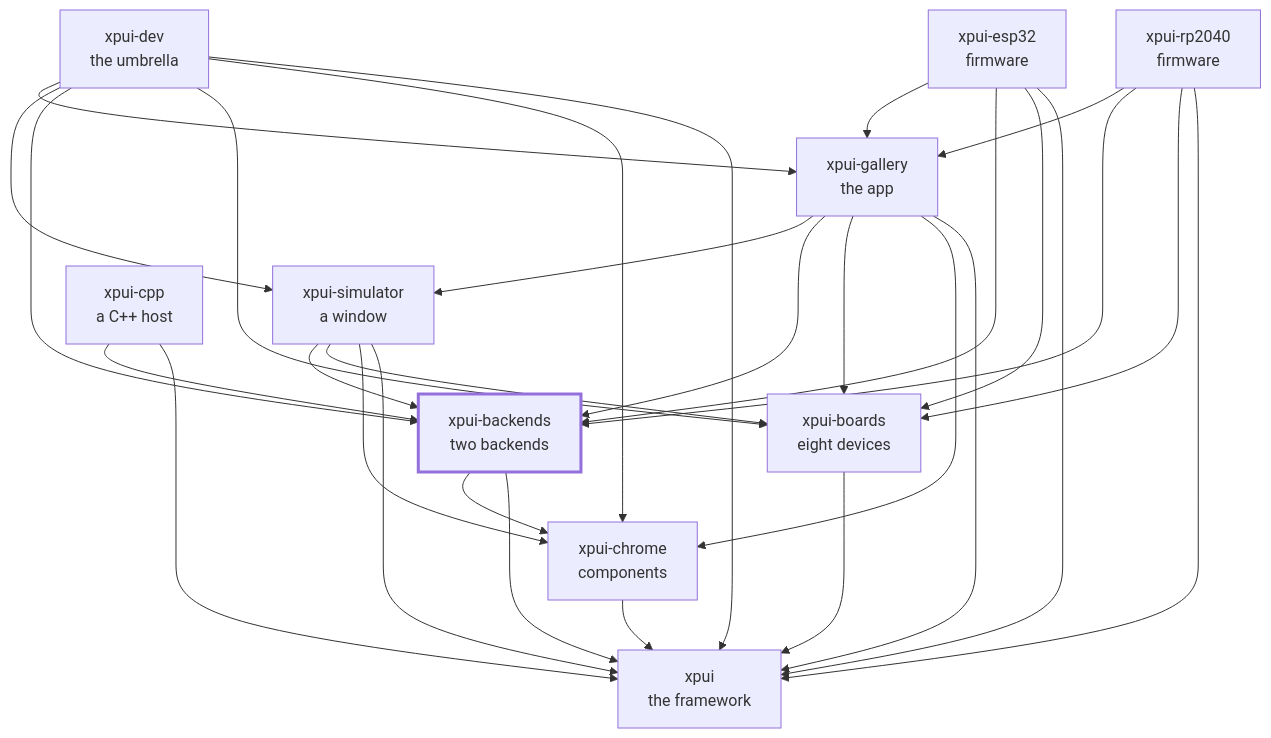
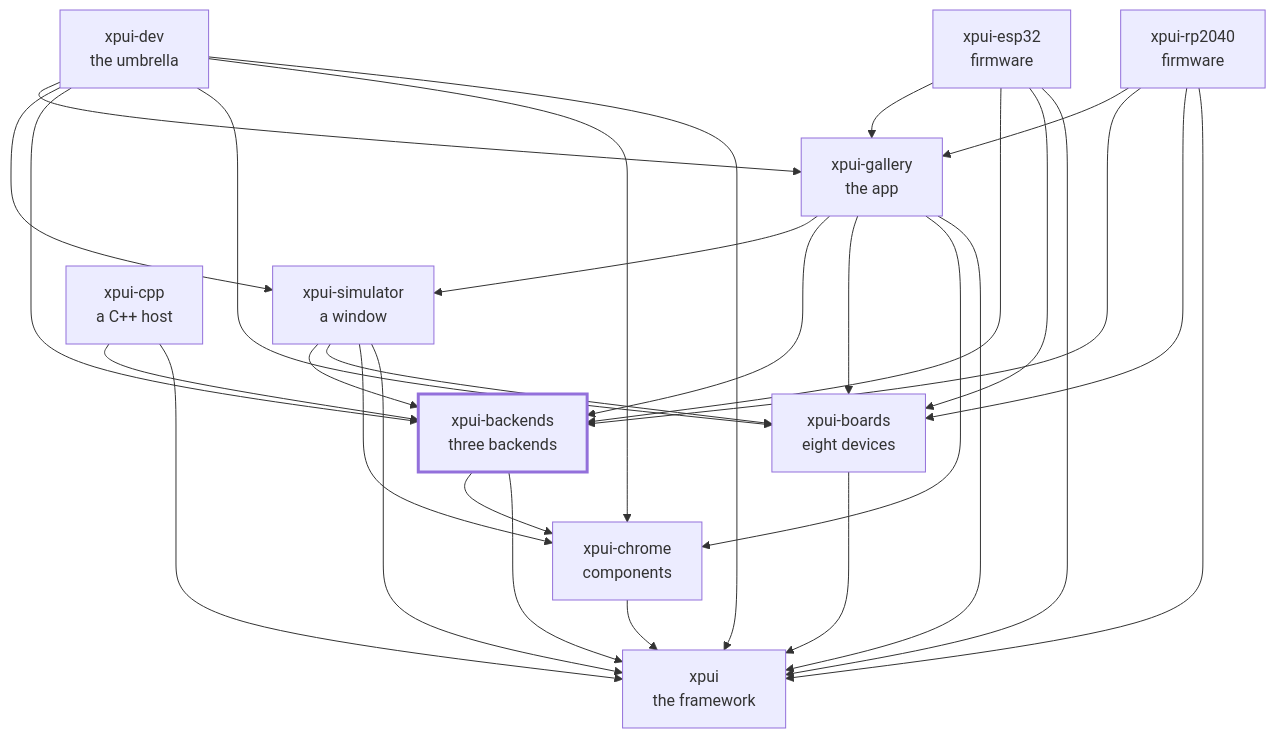
One commit to XPUI-Framework/xpui-backends changed the second of 2 diagrams in README.md. Above: the diagram before and after it, drawn with Mermaid. The commit also changed other lines of this file and 22 other files, not shown here.

````diff
--- a/README.md
+++ b/README.md
@@ -95,43 +100,43 @@
 ```mermaid
 flowchart TD
   xpui["xpui<br/>the framework"]
   chrome["xpui-chrome<br/>components"]
   boards["xpui-boards<br/>eight devices"]
-  backends["xpui-backends<br/>two backends"]
+  backends["xpui-backends<br/>three backends"]
   simulator["xpui-simulator<br/>a window"]
   gallery["xpui-gallery<br/>the app"]
   rp2040["xpui-rp2040<br/>firmware"]
   esp32["xpui-esp32<br/>firmware"]
   cpp["xpui-cpp<br/>a C++ host"]
   dev["xpui-dev<br/>the umbrella"]
   chrome --> xpui
   boards --> xpui
   backends --> xpui
   backends --> chrome
   simulator --> xpui
   simulator --> chrome
   simulator --> boards
   simulator --> backends
   gallery --> xpui
   gallery --> chrome
   gallery --> boards
   gallery --> backends
   gallery --> simulator
   rp2040 --> xpui
   rp2040 --> boards
   rp2040 --> backends
   rp2040 --> gallery
   esp32 --> xpui
   esp32 --> boards
   esp32 --> backends
   esp32 --> gallery
   cpp --> xpui
   cpp --> backends
   dev --> xpui
   dev --> chrome
   dev --> boards
   dev --> backends
   dev --> simulator
   dev --> gallery
   style backends stroke-width:3px
 ```
````
